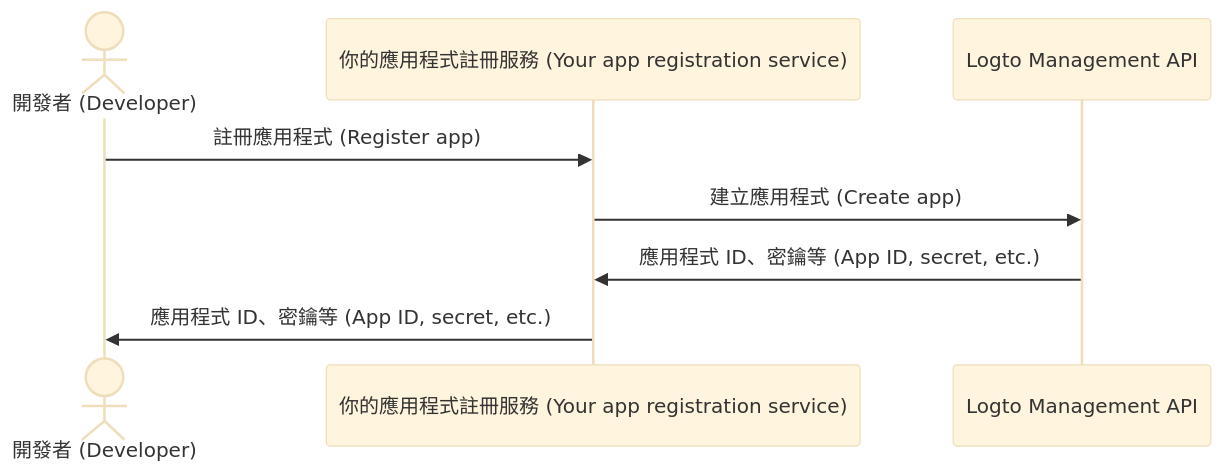
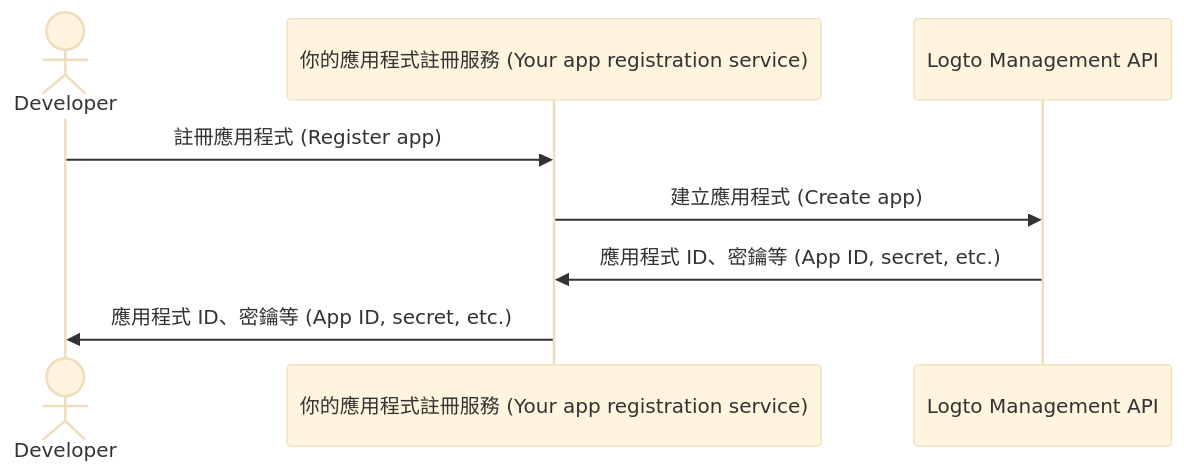
The first of 2 diagrams in i18n/zh-TW/docusaurus-plugin-content-docs/current/use-cases/ai/fragments/_configure-third-party-ai-agent.mdx (logto-io/docs), drawn with Mermaid (base theme) before and after one commit. The commit also changed other lines of this file and 89 other files, not shown here.

````diff
--- a/i18n/zh-TW/docusaurus-plugin-content-docs/current/use-cases/ai/fragments/_configure-third-party-ai-agent.mdx
+++ b/i18n/zh-TW/docusaurus-plugin-content-docs/current/use-cases/ai/fragments/_configure-third-party-ai-agent.mdx
@@ -25,10 +25,10 @@
 ```mermaid
 sequenceDiagram
-  actor Developer as 開發者 (Developer)
+  actor Developer
   participant Server as 你的應用程式註冊服務 (Your app registration service)
   participant Logto as Logto Management API
   Developer->>Server: 註冊應用程式 (Register app)
   Server->>Logto: 建立應用程式 (Create app)
   Logto->>Server: 應用程式 ID、密鑰等 (App ID, secret, etc.)
   Server->>Developer: 應用程式 ID、密鑰等 (App ID, secret, etc.)
 ```
````
